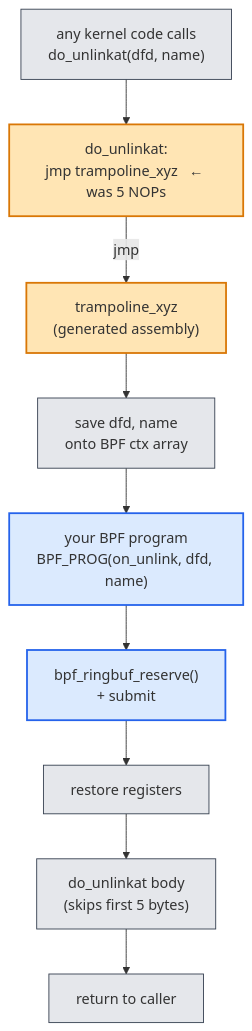
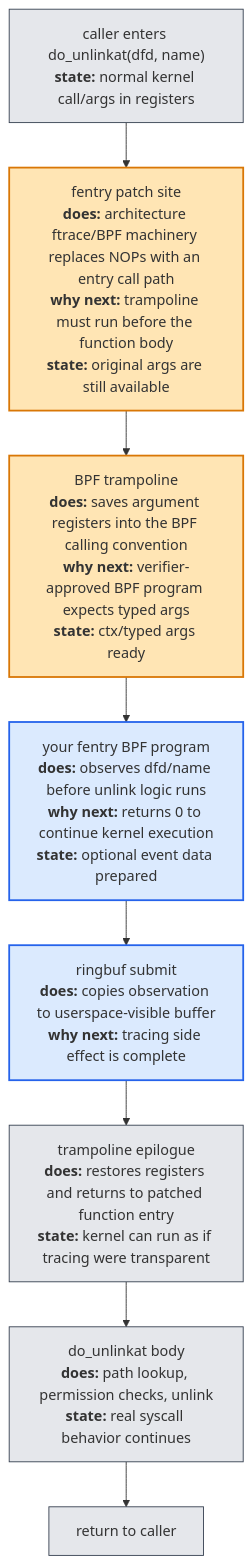
Before and after one commit to biefy/books: the diagram in ebpf/src/diagrams/src/day01_trampoline_flow.mmd, drawn with Mermaid. The commit also changed 92 other files, not shown here.

First line of the commit message:
Fix book accuracy and explanatory diagrams

```diff
--- a/ebpf/src/diagrams/src/day01_trampoline_flow.mmd
+++ b/ebpf/src/diagrams/src/day01_trampoline_flow.mmd
@@ -1,26 +1,18 @@
 flowchart TD
-    CALLER["any kernel code calls<br/>do_unlinkat(dfd, name)"]
-    PATCHED["do_unlinkat:<br/>jmp trampoline_xyz   ← was 5 NOPs"]
-    TRAMP["trampoline_xyz<br/>(generated assembly)"]
-    SAVE["save dfd, name<br/>onto BPF ctx array"]
-    BPF["your BPF program<br/>BPF_PROG(on_unlink, dfd, name)"]
-    RING["bpf_ringbuf_reserve()<br/>+ submit"]
-    RESTORE["restore registers"]
-    BODY["do_unlinkat body<br/>(skips first 5 bytes)"]
+    CALLER["caller enters do_unlinkat(dfd, name)<br/><b>state:</b> normal kernel call/args in registers"]
+    PATCH["fentry patch site<br/><b>does:</b> architecture ftrace/BPF machinery replaces NOPs with an entry call path<br/><b>why next:</b> trampoline must run before the function body<br/><b>state:</b> original args are still available"]
+    TRAMP["BPF trampoline<br/><b>does:</b> saves argument registers into the BPF calling convention<br/><b>why next:</b> verifier-approved BPF program expects typed args<br/><b>state:</b> ctx/typed args ready"]
+    BPF["your fentry BPF program<br/><b>does:</b> observes dfd/name before unlink logic runs<br/><b>why next:</b> returns 0 to continue kernel execution<br/><b>state:</b> optional event data prepared"]
+    RING["ringbuf submit<br/><b>does:</b> copies observation to userspace-visible buffer<br/><b>why next:</b> tracing side effect is complete"]
+    RESTORE["trampoline epilogue<br/><b>does:</b> restores registers and returns to patched function entry<br/><b>state:</b> kernel can run as if tracing were transparent"]
+    BODY["do_unlinkat body<br/><b>does:</b> path lookup, permission checks, unlink<br/><b>state:</b> real syscall behavior continues"]
     RET["return to caller"]
 
-    CALLER --> PATCHED
-    PATCHED -->|"jmp"| TRAMP
-    TRAMP --> SAVE
-    SAVE --> BPF
-    BPF --> RING
-    RING --> RESTORE
-    RESTORE --> BODY
-    BODY --> RET
+    CALLER --> PATCH --> TRAMP --> BPF --> RING --> RESTORE --> BODY --> RET
 
     classDef hot fill:#ffe5b4,stroke:#d97706,stroke-width:2px
     classDef bpf fill:#dbeafe,stroke:#2563eb,stroke-width:2px
     classDef kern fill:#e5e7eb,stroke:#374151,stroke-width:1px
-    class PATCHED,TRAMP hot
+    class PATCH,TRAMP hot
     class BPF,RING bpf
-    class CALLER,SAVE,RESTORE,BODY,RET kern
+    class CALLER,RESTORE,BODY,RET kern
```
